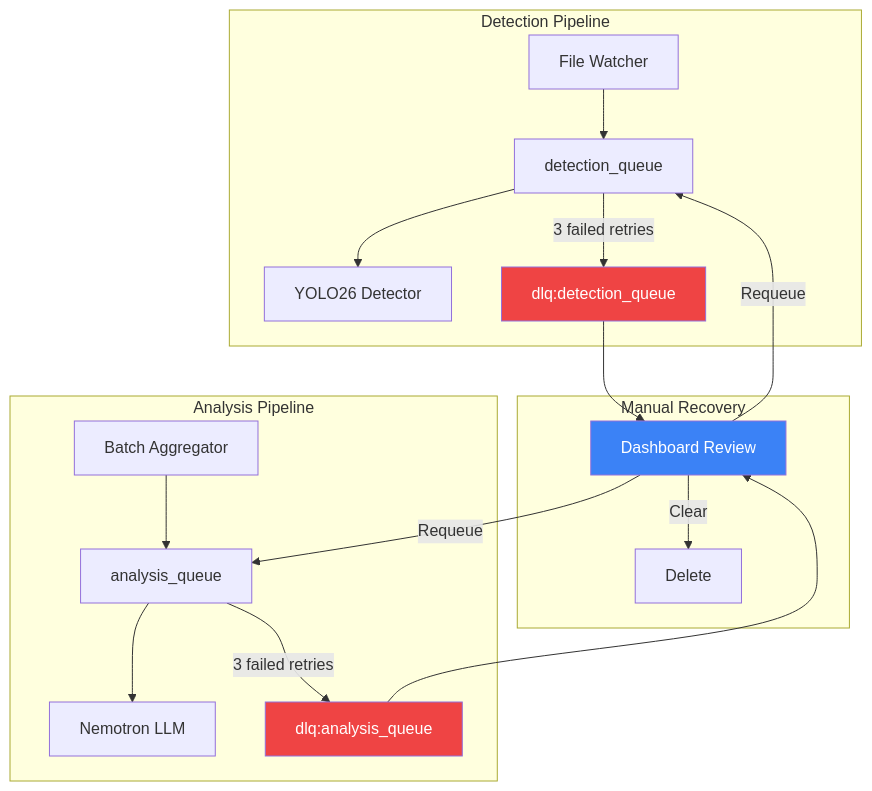
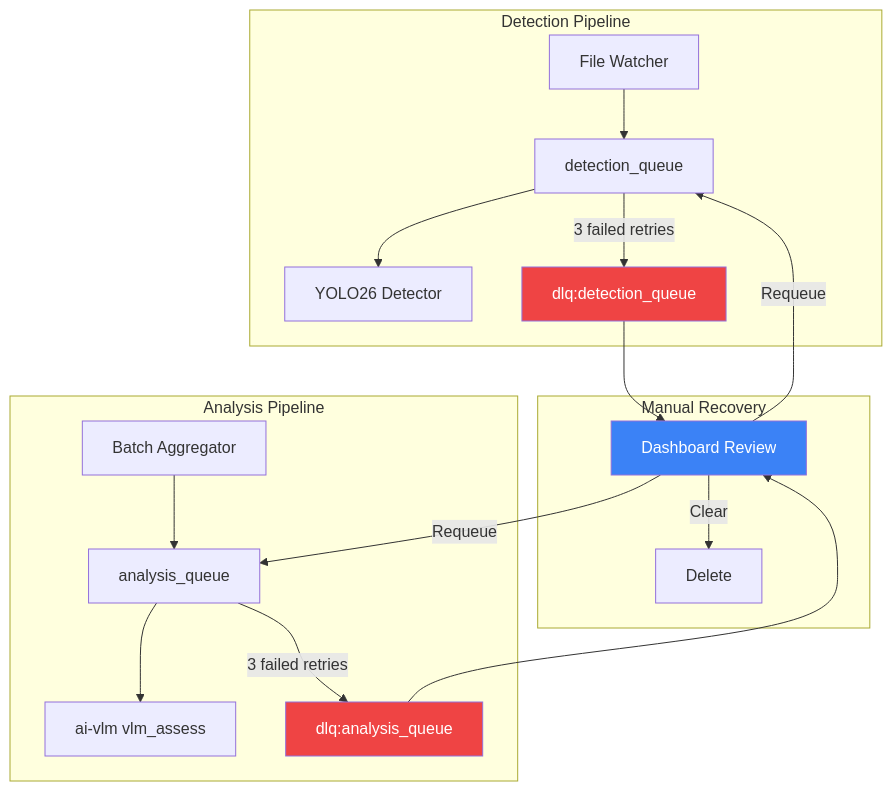
One commit to mikesvoboda/nemotron-v3-home-security-intelligence changed the first of 2 diagrams in docs/operator/dlq-management.md. Above: the diagram before and after it, drawn with Mermaid. The commit also changed other lines of this file and 231 other files, not shown here.

````diff
--- a/docs/operator/dlq-management.md
+++ b/docs/operator/dlq-management.md
@@ -33,26 +33,26 @@
 ```mermaid
 flowchart TD
     subgraph Detection["Detection Pipeline"]
         FW[File Watcher] --> DQ[detection_queue]
         DQ --> YOLO[YOLO26 Detector]
         DQ -->|"3 failed retries"| DLQ_D[dlq:detection_queue]
     end
 
     subgraph Analysis["Analysis Pipeline"]
         BA[Batch Aggregator] --> AQ[analysis_queue]
-        AQ --> NEM[Nemotron LLM]
+        AQ --> VLM[ai-vlm vlm_assess]
         AQ -->|"3 failed retries"| DLQ_A[dlq:analysis_queue]
     end
 
     subgraph Recovery["Manual Recovery"]
         DLQ_D --> REVIEW[Dashboard Review]
         DLQ_A --> REVIEW
         REVIEW -->|Requeue| DQ
         REVIEW -->|Requeue| AQ
         REVIEW -->|Clear| TRASH[Delete]
     end
 
     style DLQ_D fill:#EF4444,color:#fff
     style DLQ_A fill:#EF4444,color:#fff
     style REVIEW fill:#3B82F6,color:#fff
 ```
````
